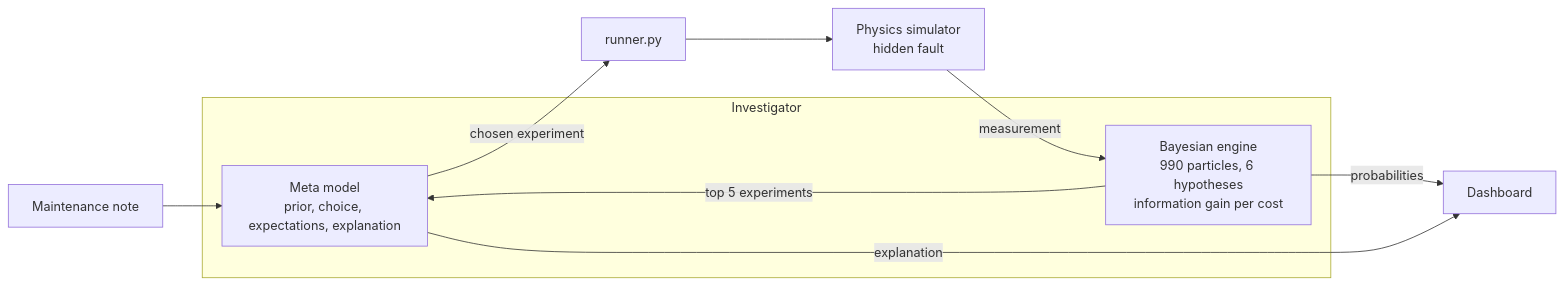
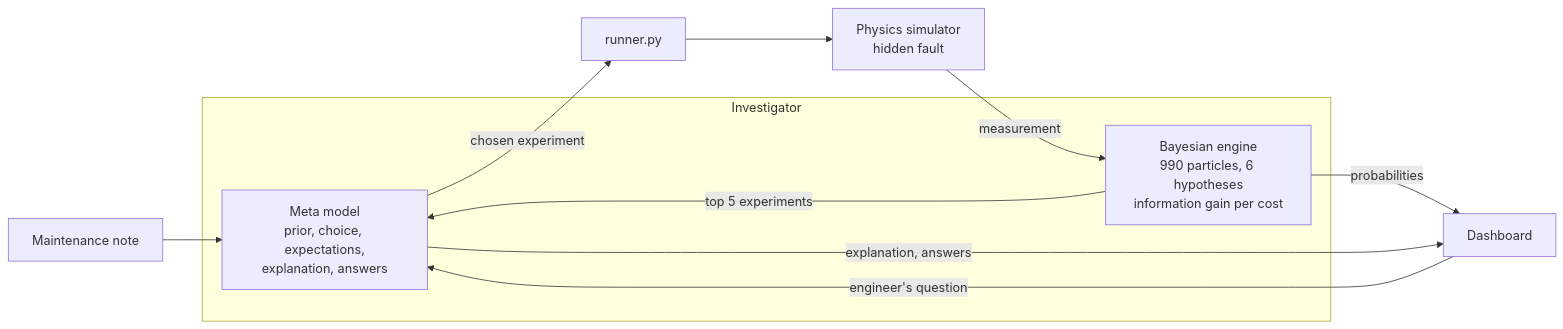
One commit to shankarr1503/Meta_Hackthon changed the diagram in README.md. Above: the diagram before and after it, drawn with Mermaid. The commit also changed other lines of this file and 36 other files, not shown here.

````diff
--- a/README.md
+++ b/README.md
@@ -46,14 +67,15 @@
 ```mermaid
 flowchart LR
     N[Maintenance note] --> M
     subgraph Investigator
-      M[Meta model<br/>prior, choice, expectations, explanation]
+      M[Meta model<br/>prior, choice, expectations,<br/>explanation, answers]
       E[Bayesian engine<br/>990 particles, 6 hypotheses<br/>information gain per cost]
     end
     E -- top 5 experiments --> M
     M -- chosen experiment --> R[runner.py]
     R --> S[Physics simulator<br/>hidden fault]
     S -- measurement --> E
     E -- probabilities --> D[Dashboard]
-    M -- explanation --> D
+    M -- explanation, answers --> D
+    D -- engineer's question --> M
 ```
````
